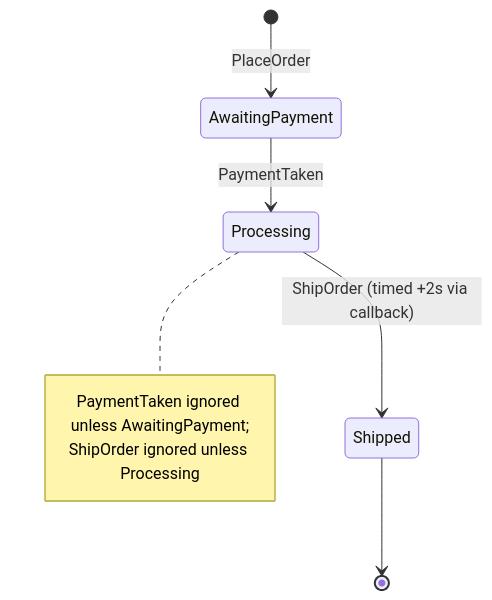
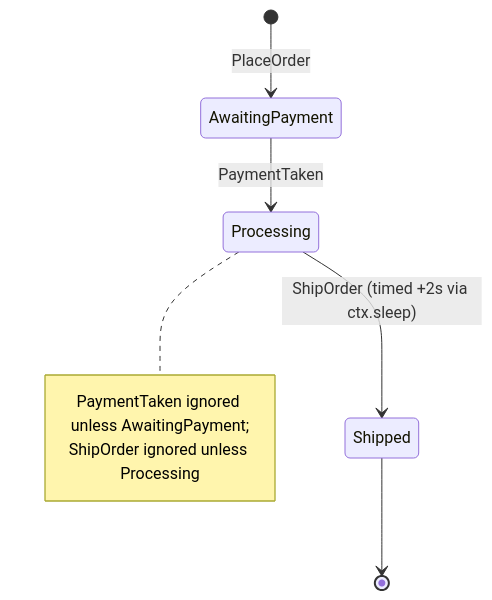
Before and after one commit to isndev/qb: the diagram in readme/4_qb_core/patterns.md, drawn with Mermaid. The commit also changed other lines of this file and 12 other files, not shown here.

````diff
--- a/readme/4_qb_core/patterns.md
+++ b/readme/4_qb_core/patterns.md
@@ -125,11 +133,11 @@
 ```mermaid
 stateDiagram-v2
     [*] --> AwaitingPayment: PlaceOrder
     AwaitingPayment --> Processing: PaymentTaken
-    Processing --> Shipped: ShipOrder (timed +2s via callback)
+    Processing --> Shipped: ShipOrder (timed +2s via ctx.sleep)
     Shipped --> [*]
     note right of Processing
         PaymentTaken ignored unless AwaitingPayment;
         ShipOrder ignored unless Processing
     end note
 ```
````
